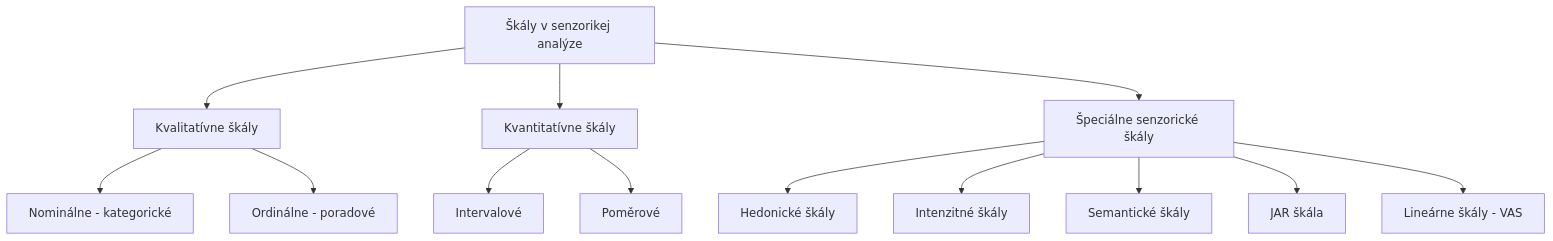
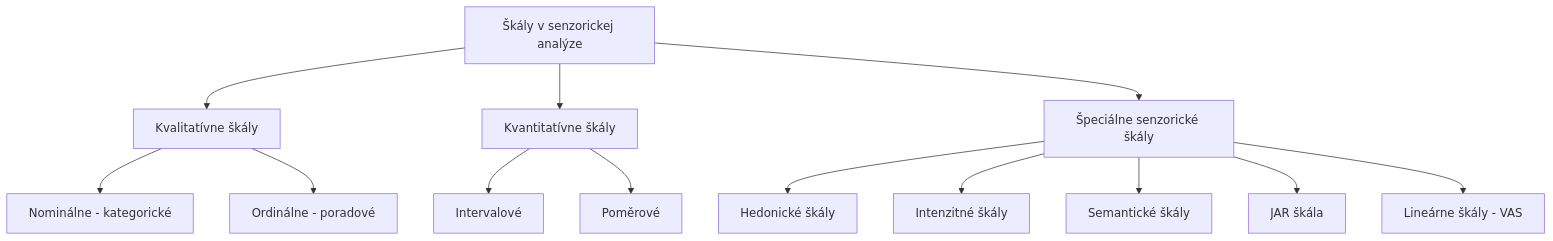
The first of 4 diagrams in prezentacie/skalovanie.qmd (senzorika/SAP), drawn with Mermaid before and after one commit. The commit also changed other lines of this file and 36 other files, not shown here.

````diff
--- a/prezentacie/skalovanie.qmd
+++ b/prezentacie/skalovanie.qmd
@@ -36,15 +36,15 @@
 ```mermaid
 graph TD
-    A[Škály v senzorikej analýze] --> B[Kvalitatívne škály]
+    A[Škály v senzorickej analýze] --> B[Kvalitatívne škály]
     A --> C[Kvantitatívne škály]
     A --> D[Špeciálne senzorické škály]
     B --> B1[Nominálne - kategorické]
     B --> B2[Ordinálne - poradové]
     C --> C1[Intervalové]
     C --> C2[Poměrové]
     D --> D1[Hedonické škály]
     D --> D2[Intenzitné škály]
     D --> D3[Semantické škály]
     D --> D4[JAR škála]
     D --> D5[Lineárne škály - VAS]
 ```
````
